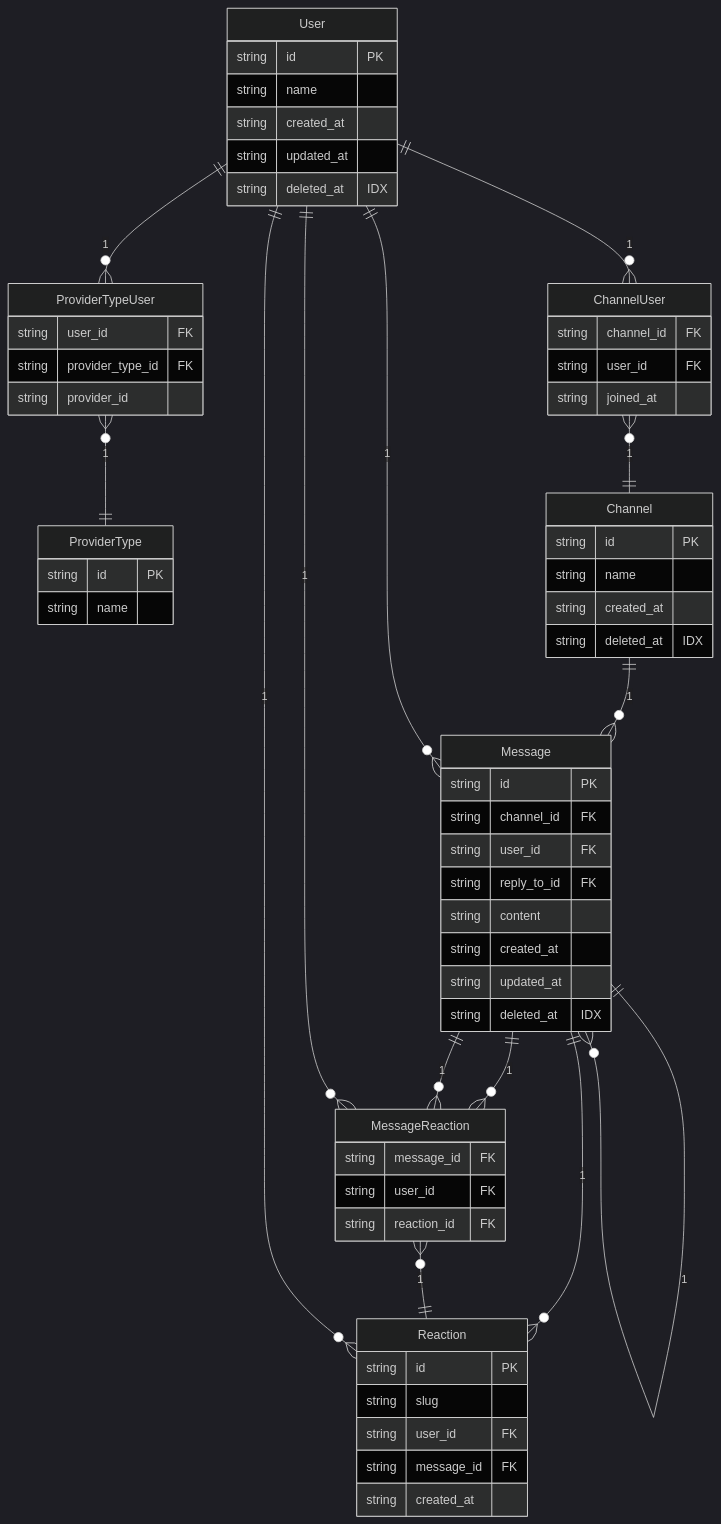
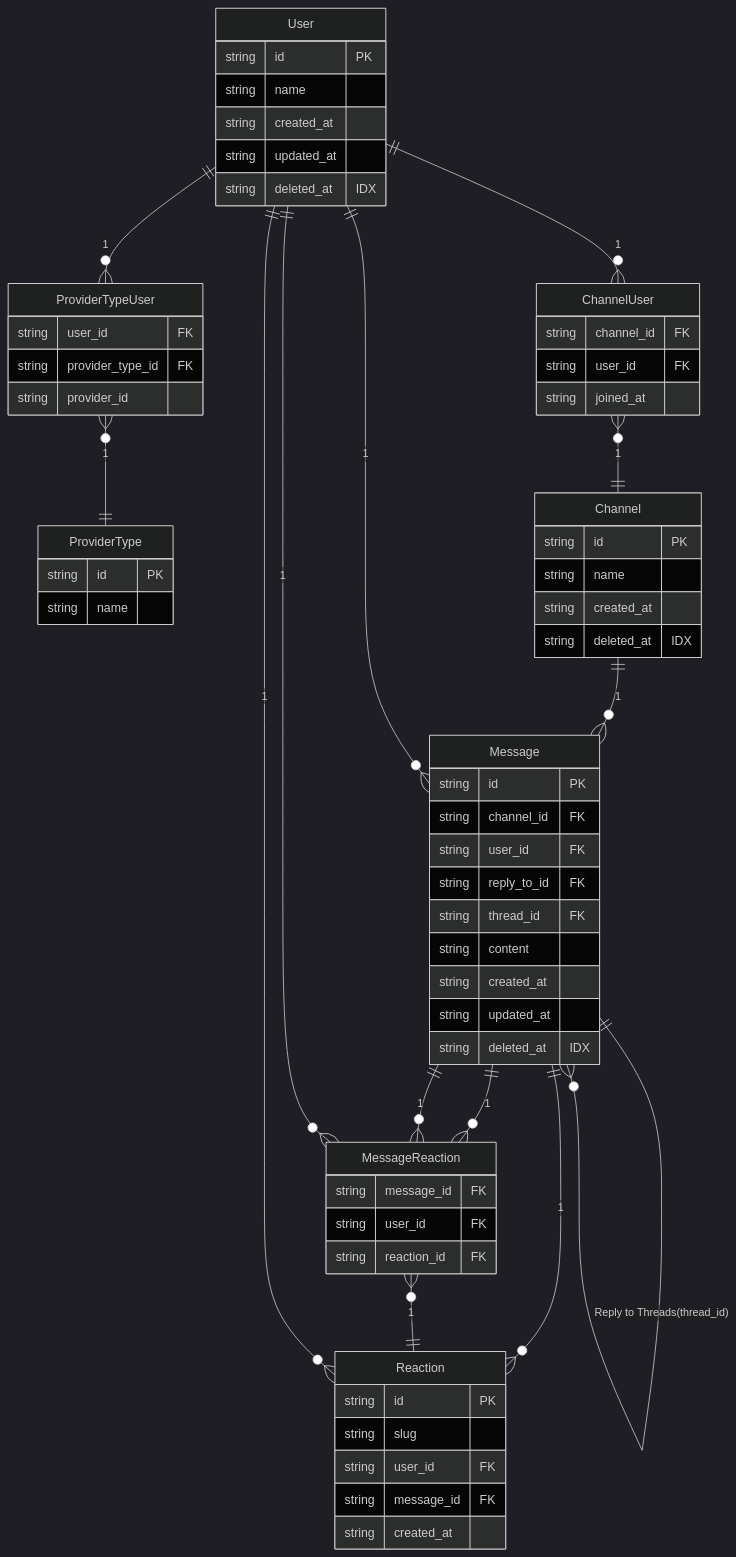
The diagram in docs/model.md (saitamau-maximum/meline), drawn with Mermaid (dark theme) before and after one commit.

Commit message:
refactor: domain model修正

````diff
--- a/docs/model.md
+++ b/docs/model.md
@@ -12,79 +12,81 @@
 ```mermaid
 erDiagram
 
 User {
     string id "PK"
     string name ""
     string created_at ""
     string updated_at ""
     string deleted_at "IDX"
 }
 
 ProviderTypeUser {
     string user_id "FK"
     string provider_type_id "FK"
     string provider_id ""
 }
 
 ProviderType {
     string id "PK"
     string name ""
 }
 
 Channel {
     string id "PK"
     string name ""
     string created_at ""
     string deleted_at "IDX"
 }
 
 ChannelUser {
     string channel_id "FK"
     string user_id "FK"
     string joined_at ""
 }
 
 Message {
     string id "PK"
     string channel_id "FK"
     string user_id "FK"
     string reply_to_id "FK"
+    string thread_id "FK"
     string content ""
     string created_at ""
     string updated_at ""
     string deleted_at "IDX"
 }
 
 MessageReaction {
     string message_id "FK"
     string user_id "FK"
     string reaction_id "FK"
 }
 
 Reaction {
     string id "PK"
     string slug ""
     string user_id "FK"
     string message_id "FK"
     string created_at ""
 }
 
 User ||--o{ ProviderTypeUser : "1"
 User ||--o{ ChannelUser : "1"
 
 ProviderTypeUser }o--|| ProviderType : "1"
 
 Channel ||--o{ Message : "1"
 ChannelUser }o--|| Channel : "1"
 
 Message }o--|| User : "1"
 Message ||--o{ Reaction : "1"
-Message ||--o{ Message : "1"
+Message ||--o{ Message : "Reply(reply_to_id)"
+Message ||--o{ Message : "Reply to Threads(thread_id)"
 Message ||--o{ MessageReaction : "1"
 Message ||--o{ MessageReaction : "1"
 
 MessageReaction }o--|| User : "1"
 MessageReaction }o--|| Reaction : "1"
 
 Reaction }o--|| User : "1"
 ```
````
